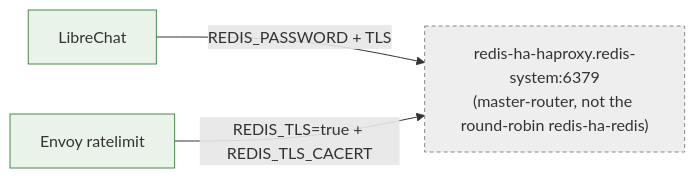
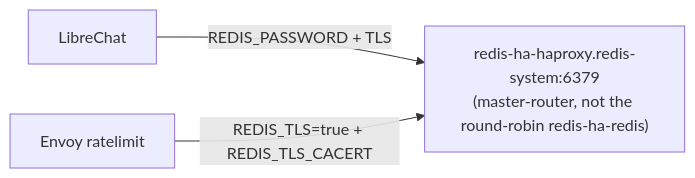
The fourth of 6 diagrams in docs/architecture/06-networking-tls.md (ADORSYS-GIS/ai-helm), drawn with Mermaid before and after one commit. The commit also changed other lines of this file and 13 other files, not shown here.

First line of the commit message:
docs(architecture): uncolor all mermaid; refresh CD/components; add diagrams

````diff
--- a/docs/architecture/06-networking-tls.md
+++ b/docs/architecture/06-networking-tls.md
@@ -132,7 +125,5 @@
 ```mermaid
 flowchart LR
-    LCC["LibreChat"]:::own -->|"REDIS_PASSWORD + TLS"| R["redis-ha-haproxy.redis-system:6379<br/>(master-router, not the round-robin redis-ha-redis)"]:::ext
-    RL["Envoy ratelimit"]:::own -->|"REDIS_TLS=true + REDIS_TLS_CACERT"| R
-    classDef own fill:#eaf3ea,stroke:#4a8a4a;
-    classDef ext fill:#eee,stroke:#888,stroke-dasharray:4 3;
+    LCC["LibreChat"] -->|"REDIS_PASSWORD + TLS"| R["redis-ha-haproxy.redis-system:6379<br/>(master-router, not the round-robin redis-ha-redis)"]
+    RL["Envoy ratelimit"] -->|"REDIS_TLS=true + REDIS_TLS_CACERT"| R
 ```
````
